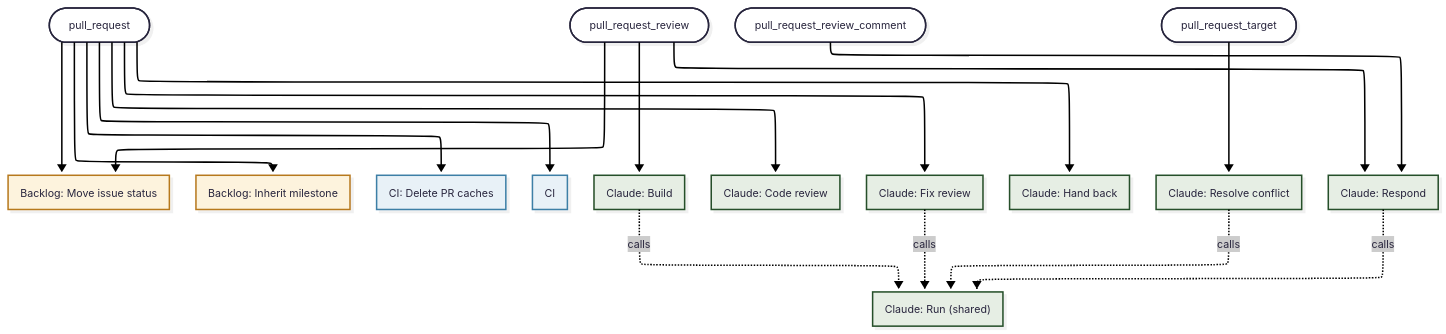
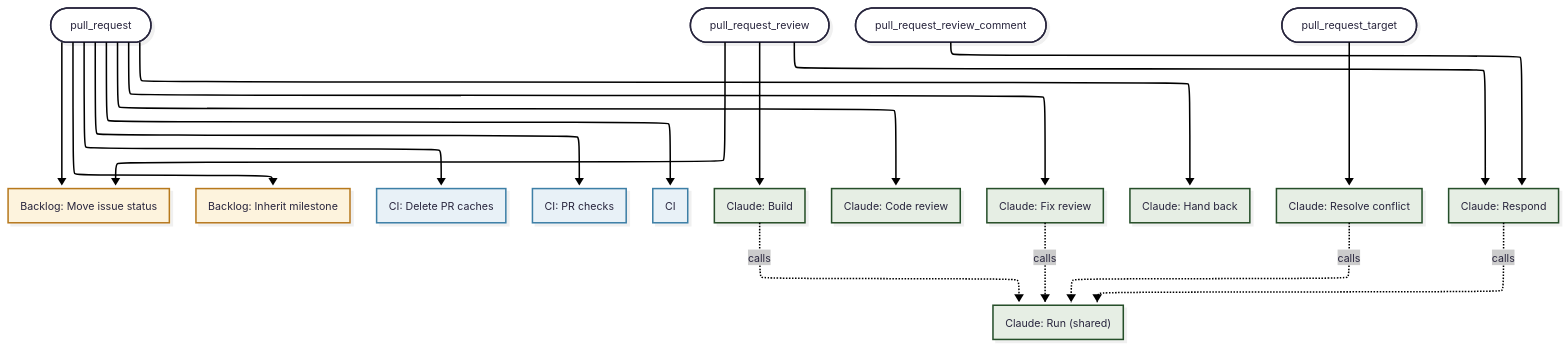
One commit to henetiriki/kinscape changed the first of 3 diagrams in .github/workflows/README.md. Above: the diagram before and after it, drawn with Mermaid. The commit also changed other lines of this file and 11 other files, not shown here.

````diff
--- a/.github/workflows/README.md
+++ b/.github/workflows/README.md
@@ -46,46 +47,48 @@
 ```mermaid
 ---
 config:
   theme: redux-color
   look: neo
   layout: elk
 ---
 flowchart TB
   on_pull_request([pull_request])
   on_pull_request_review([pull_request_review])
   on_pull_request_review_comment([pull_request_review_comment])
   on_pull_request_target([pull_request_target])
   backlog_issue_status["Backlog: Move issue status"]
   backlog_milestone["Backlog: Inherit milestone"]
   ci_cache_cleanup["CI: Delete PR caches"]
+  ci_pr_checks["CI: PR checks"]
   ci["CI"]
   claude_build["Claude: Build"]
   claude_code_review["Claude: Code review"]
   claude_fix_review["Claude: Fix review"]
   claude_hand_back["Claude: Hand back"]
   claude_resolve_conflict["Claude: Resolve conflict"]
   claude_respond["Claude: Respond"]
   claude_run["Claude: Run (shared)"]
   on_pull_request --> backlog_issue_status
   on_pull_request --> backlog_milestone
   on_pull_request --> ci_cache_cleanup
+  on_pull_request --> ci_pr_checks
   on_pull_request --> ci
   on_pull_request --> claude_code_review
   on_pull_request --> claude_fix_review
   on_pull_request --> claude_hand_back
   on_pull_request_review --> backlog_issue_status
   on_pull_request_review --> claude_build
   on_pull_request_review --> claude_respond
   on_pull_request_review_comment --> claude_respond
   on_pull_request_target --> claude_resolve_conflict
   claude_build -.->|calls| claude_run
   claude_fix_review -.->|calls| claude_run
   claude_resolve_conflict -.->|calls| claude_run
   claude_respond -.->|calls| claude_run
   classDef backlog fill:#fdf3dd,stroke:#b7791f
   classDef ci fill:#e8f1f7,stroke:#3e7fa6
   classDef claude fill:#e6eee4,stroke:#264f29
   class backlog_issue_status,backlog_milestone backlog
-  class ci_cache_cleanup,ci ci
+  class ci_cache_cleanup,ci_pr_checks,ci ci
   class claude_build,claude_code_review,claude_fix_review,claude_hand_back,claude_resolve_conflict,claude_respond,claude_run claude
 ```
````
